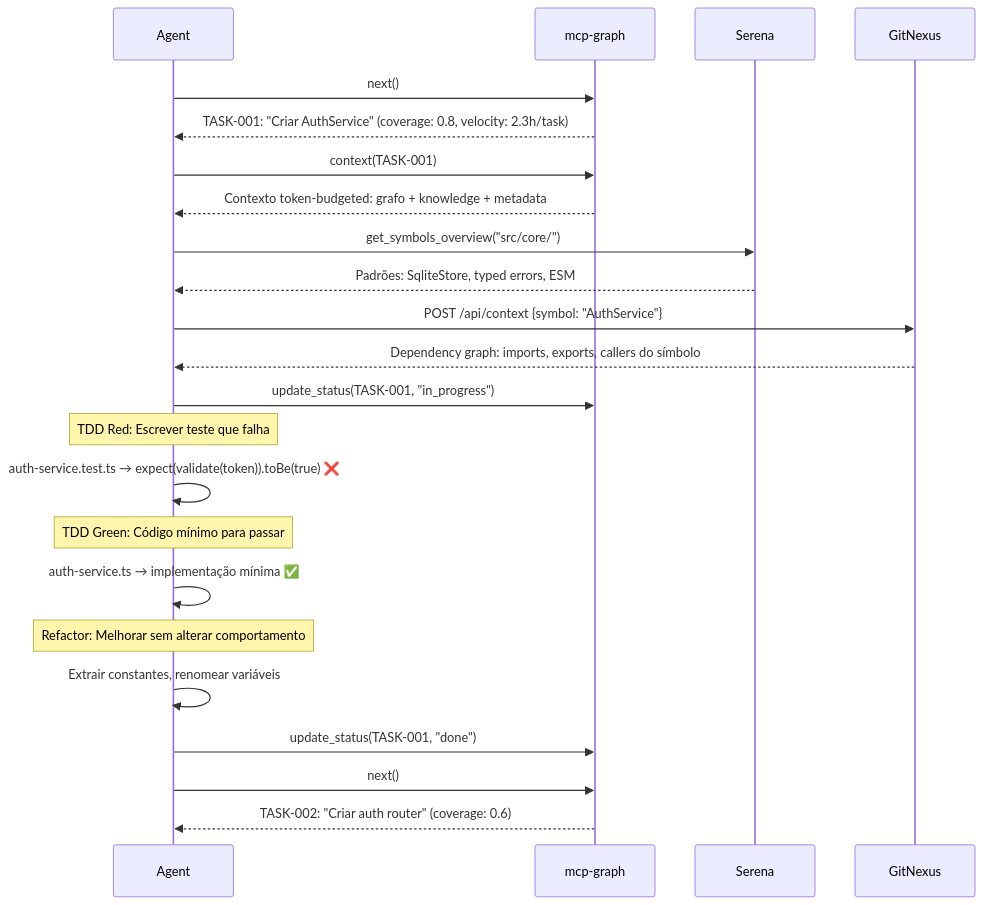
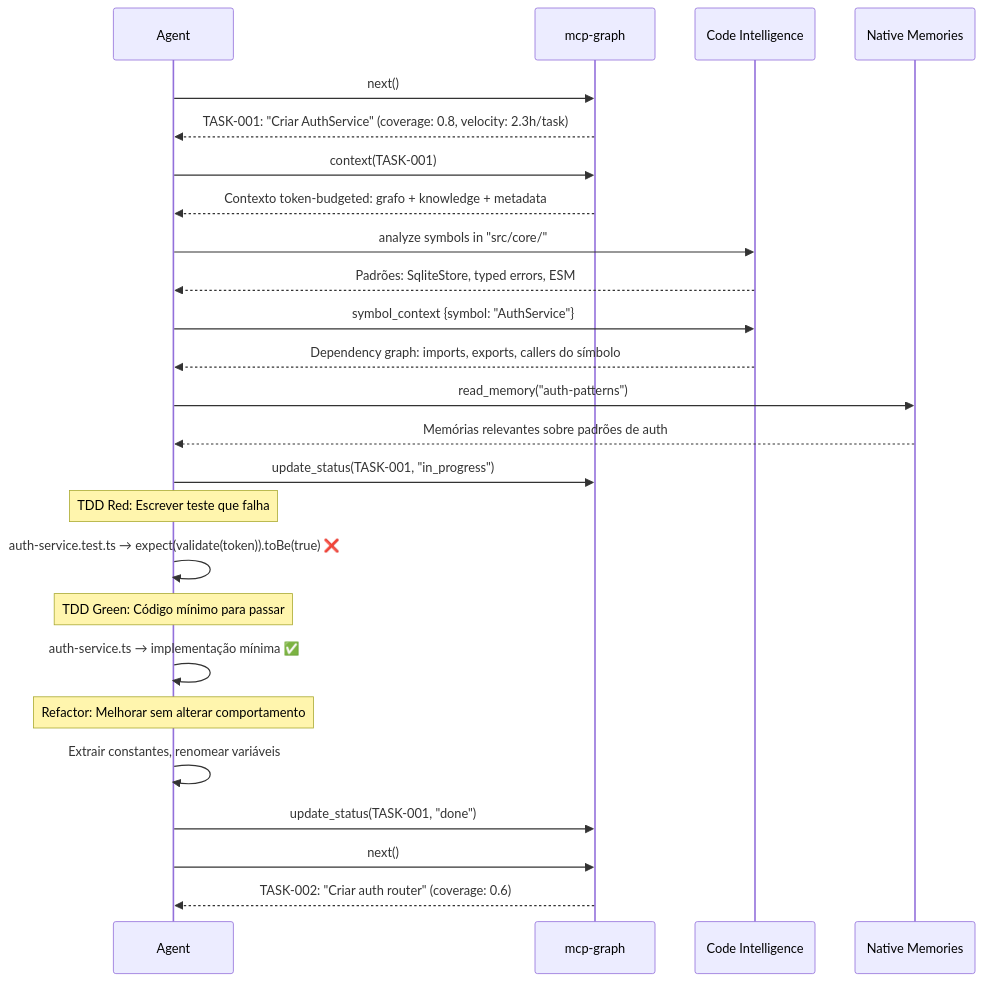
The ninth of 19 diagrams in docs/LIFECYCLE.md (sraphaz/mcp-graph-workflow), drawn with Mermaid before and after one commit. The commit also changed other lines of this file and 17 other files, not shown here.

````diff
--- a/docs/LIFECYCLE.md
+++ b/docs/LIFECYCLE.md
@@ -302,30 +299,32 @@
 ```mermaid
 sequenceDiagram
     participant A as Agent
     participant MCP as mcp-graph
-    participant Serena as Serena
-    participant GN as GitNexus
+    participant CI as Code Intelligence
+    participant Mem as Native Memories
 
     A->>MCP: next()
     MCP-->>A: TASK-001: "Criar AuthService" (coverage: 0.8, velocity: 2.3h/task)
     A->>MCP: context(TASK-001)
     MCP-->>A: Contexto token-budgeted: grafo + knowledge + metadata
-    A->>Serena: get_symbols_overview("src/core/")
-    Serena-->>A: Padrões: SqliteStore, typed errors, ESM
-    A->>GN: POST /api/context {symbol: "AuthService"}
-    GN-->>A: Dependency graph: imports, exports, callers do símbolo
+    A->>CI: analyze symbols in "src/core/"
+    CI-->>A: Padrões: SqliteStore, typed errors, ESM
+    A->>CI: symbol_context {symbol: "AuthService"}
+    CI-->>A: Dependency graph: imports, exports, callers do símbolo
+    A->>Mem: read_memory("auth-patterns")
+    Mem-->>A: Memórias relevantes sobre padrões de auth
     A->>MCP: update_status(TASK-001, "in_progress")
 
     Note over A: TDD Red: Escrever teste que falha
     A->>A: auth-service.test.ts → expect(validate(token)).toBe(true) ❌
 
     Note over A: TDD Green: Código mínimo para passar
     A->>A: auth-service.ts → implementação mínima ✅
 
     Note over A: Refactor: Melhorar sem alterar comportamento
     A->>A: Extrair constantes, renomear variáveis
 
     A->>MCP: update_status(TASK-001, "done")
     A->>MCP: next()
     MCP-->>A: TASK-002: "Criar auth router" (coverage: 0.6)
 ```
````
